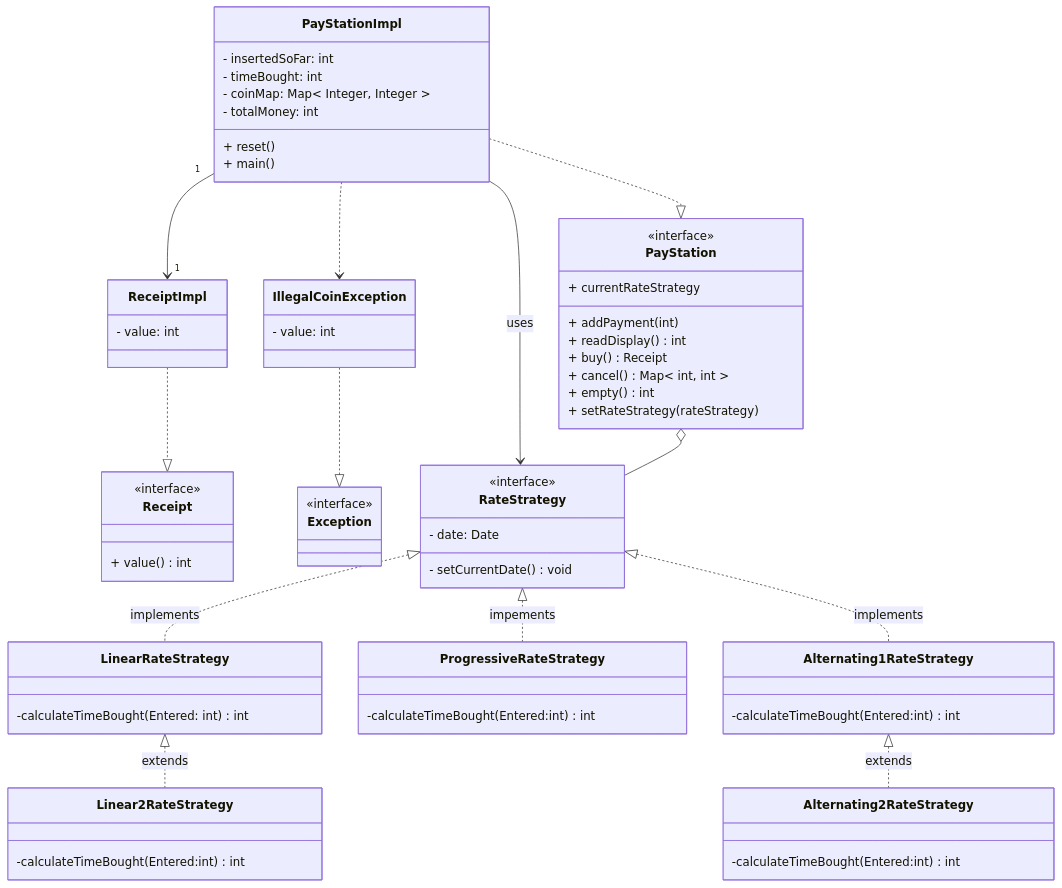
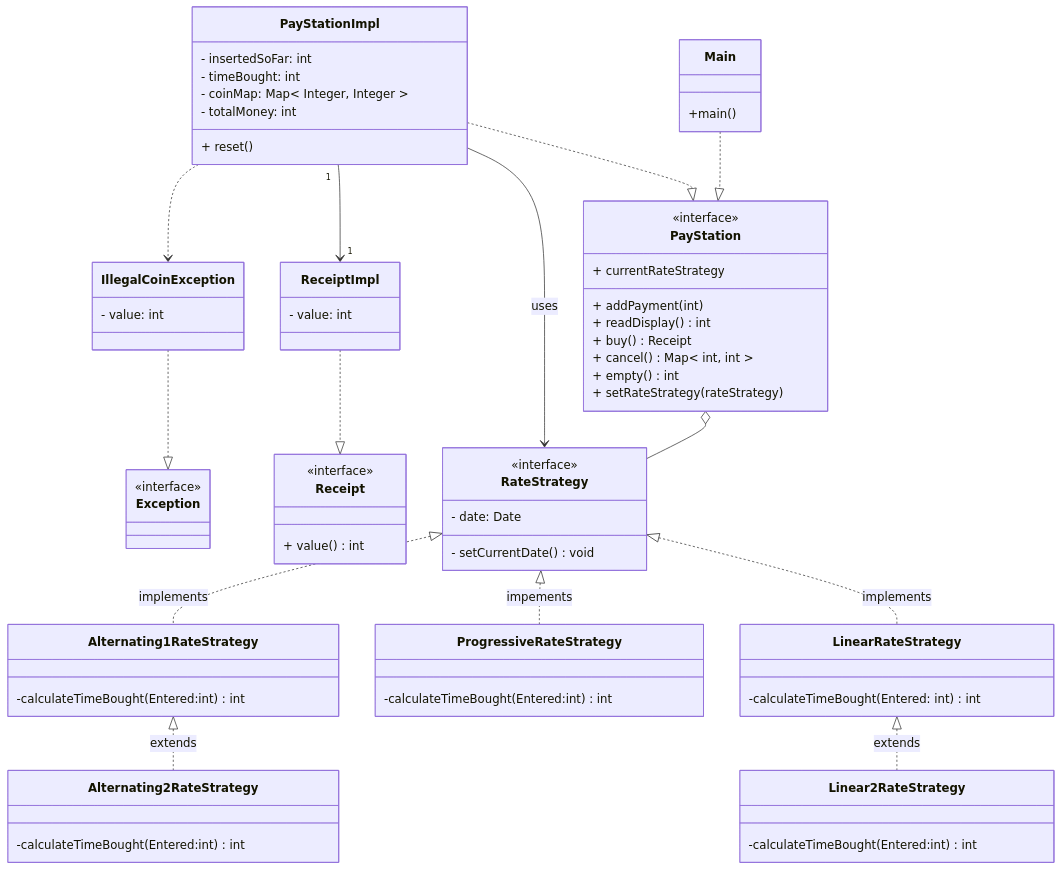
The diagram in README.md (sophiem18/city-game-thing), drawn with Mermaid before and after one commit.

```diff
--- a/README.md
+++ b/README.md
@@ -17,6 +17,7 @@
 class Alternating1RateStrategy
 class Alternating2RateStrategy
 class Linear2RateStrategy
+class Main
 
 %% Provide Attributes and Methods
 class PayStation {
@@ -36,7 +37,6 @@
     - coinMap: Map< Integer, Integer >
     - totalMoney: int
     + reset()
-    + main()
 }
 
 class Receipt {
@@ -71,9 +71,12 @@
 class Linear2RateStrategy{
     -calculateTimeBought(Entered:int) int
 }
+class Main{
+    +main()
+}
 
 %% Define relationships
-
+Main ..|> PayStation
 PayStationImpl ..|> PayStation
 PayStationImpl --> RateStrategy : uses
     RateStrategy <|.. LinearRateStrategy:implements
```
